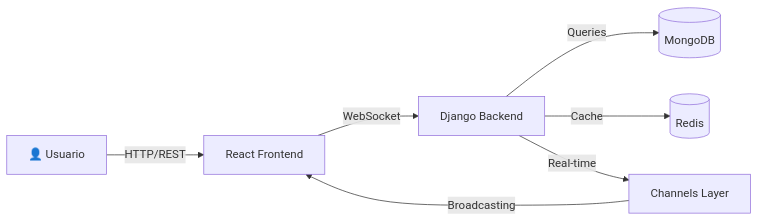
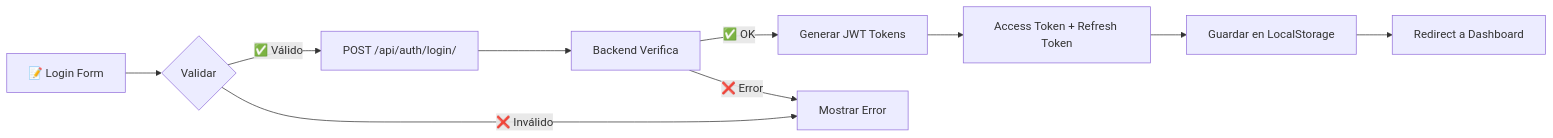
The fourth of 4 diagrams in README.md (hectorllb-insti/RED-RED), drawn with Mermaid before and after one commit. The commit also changed other lines of this file, not shown here.

````diff
--- a/README.md
+++ b/README.md
@@ -338,9 +279,12 @@
 ```mermaid
 graph LR
-    A[👤 Usuario] -->|HTTP/REST| B[React Frontend]
-    B -->|WebSocket| C[Django Backend]
-    C -->|Queries| D[(MongoDB)]
-    C -->|Cache| E[(Redis)]
-    C -->|Real-time| F[Channels Layer]
-    F -->|Broadcasting| B
+    A[📝 Login Form] --> B{Validar}
+    B -->|✅ Válido| C[POST /api/auth/login/]
+    C --> D[Backend Verifica]
+    D -->|✅ OK| E[Generar JWT Tokens]
+    E --> F[Access Token + Refresh Token]
+    F --> G[Guardar en LocalStorage]
+    G --> H[Redirect a Dashboard]
+    D -->|❌ Error| I[Mostrar Error]
+    B -->|❌ Inválido| I
 ```
````
